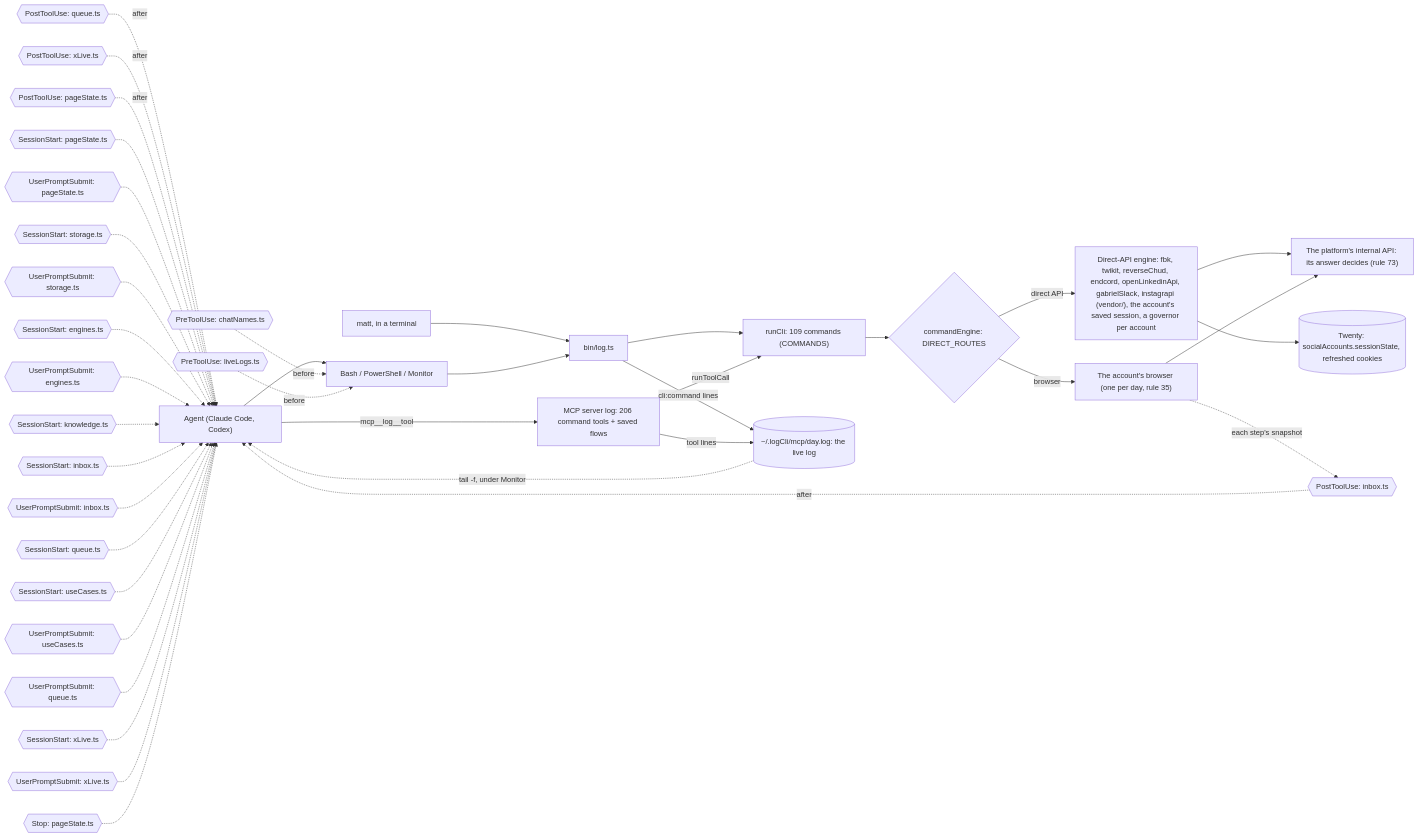
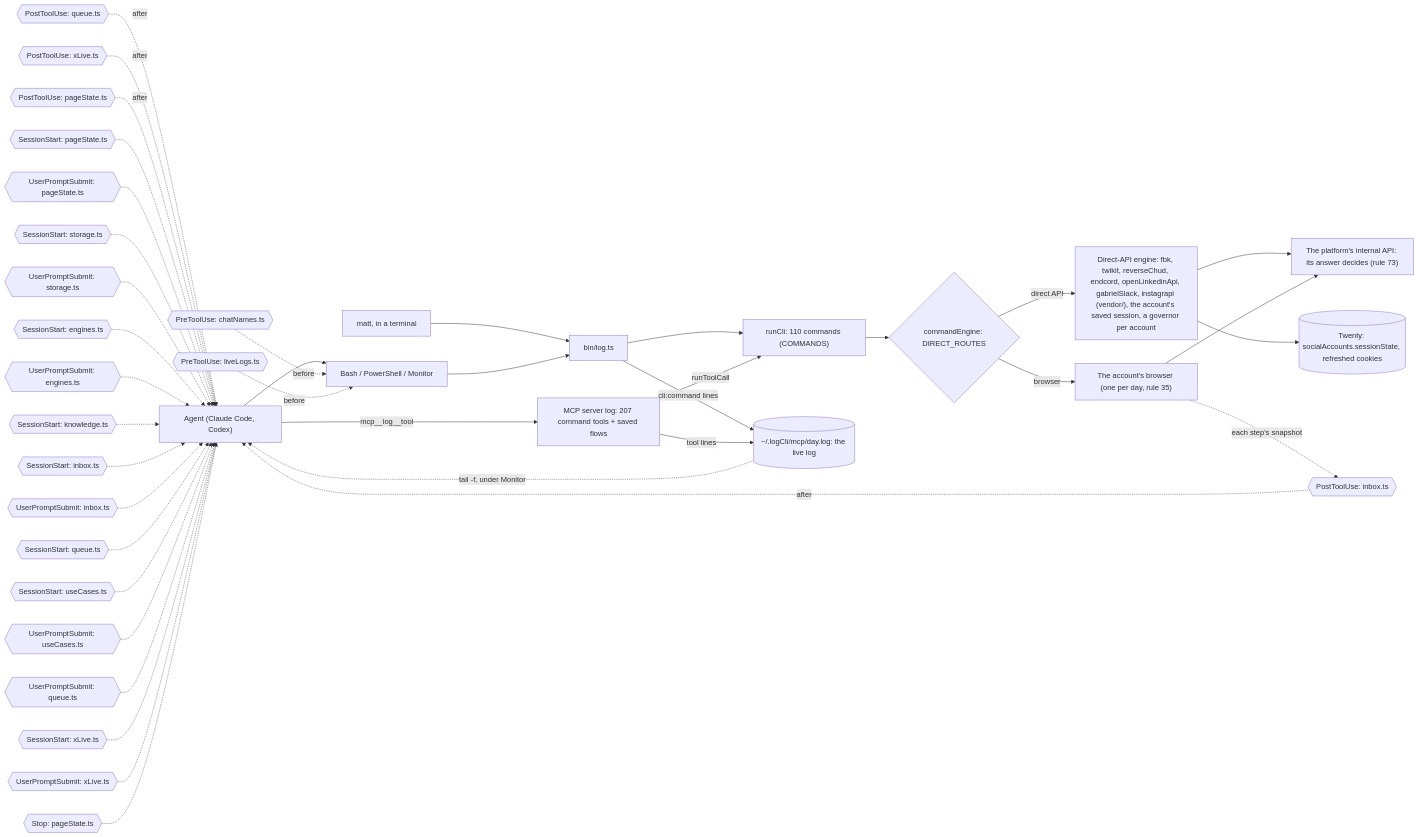
The third of 6 diagrams in docs/reference.md (matthewdonsemail-lab/log), drawn with Mermaid before and after one commit. The commit also changed other lines of this file and 28 other files, not shown here.

First line of the commit message:
feat(sessions): one account check for the CLI, MCP and console

````diff
--- a/docs/reference.md
+++ b/docs/reference.md
@@ -195,53 +195,53 @@
 ```mermaid
 flowchart LR
   agent["Agent (Claude Code, Codex)"]
   matt["matt, in a terminal"]
   shell["Bash / PowerShell / Monitor"]
-  mcp["MCP server log: 206 command tools + saved flows"]
+  mcp["MCP server log: 207 command tools + saved flows"]
   bin["bin/log.ts"]
-  runCli["runCli: 109 commands (COMMANDS)"]
+  runCli["runCli: 110 commands (COMMANDS)"]
   live[("~/.logCli/mcp/day.log: the live log")]
   engine{"commandEngine: DIRECT_ROUTES"}
   direct["Direct-API engine: fbk, twikit, reverseChud, endcord, openLinkedinApi, gabrielSlack, instagrapi (vendor/), the account's saved session, a governor per account"]
   browser["The account's browser (one per day, rule 35)"]
   api["The platform's internal API: its answer decides (rule 73)"]
   twenty[("Twenty: socialAccounts.sessionState, refreshed cookies")]
   agent --> shell
   matt --> bin
   shell --> bin
   agent -->|mcp__log__tool| mcp
   bin --> runCli
   mcp -->|runToolCall| runCli
   runCli --> engine
   engine -->|direct API| direct
   engine -->|browser| browser
   direct --> api
   browser --> api
   direct --> twenty
   bin -->|cli:command lines| live
   mcp -->|tool lines| live
   live -.->|tail -f, under Monitor| agent
   pre0{{"PreToolUse: chatNames.ts"}} -.->|before| shell
   pre1{{"PreToolUse: liveLogs.ts"}} -.->|before| shell
   post0{{"PostToolUse: inbox.ts"}} -.->|after| agent
   post1{{"PostToolUse: queue.ts"}} -.->|after| agent
   post2{{"PostToolUse: xLive.ts"}} -.->|after| agent
   post3{{"PostToolUse: pageState.ts"}} -.->|after| agent
   turn0{{"SessionStart: pageState.ts"}} -.-> agent
   turn1{{"UserPromptSubmit: pageState.ts"}} -.-> agent
   turn2{{"SessionStart: storage.ts"}} -.-> agent
   turn3{{"UserPromptSubmit: storage.ts"}} -.-> agent
   turn4{{"SessionStart: engines.ts"}} -.-> agent
   turn5{{"UserPromptSubmit: engines.ts"}} -.-> agent
   turn6{{"SessionStart: knowledge.ts"}} -.-> agent
   turn7{{"SessionStart: inbox.ts"}} -.-> agent
   turn8{{"UserPromptSubmit: inbox.ts"}} -.-> agent
   turn9{{"SessionStart: queue.ts"}} -.-> agent
   turn10{{"SessionStart: useCases.ts"}} -.-> agent
   turn11{{"UserPromptSubmit: useCases.ts"}} -.-> agent
   turn12{{"UserPromptSubmit: queue.ts"}} -.-> agent
   turn13{{"SessionStart: xLive.ts"}} -.-> agent
   turn14{{"UserPromptSubmit: xLive.ts"}} -.-> agent
   turn15{{"Stop: pageState.ts"}} -.-> agent
   browser -.->|each step's snapshot| post0
 ```
````
